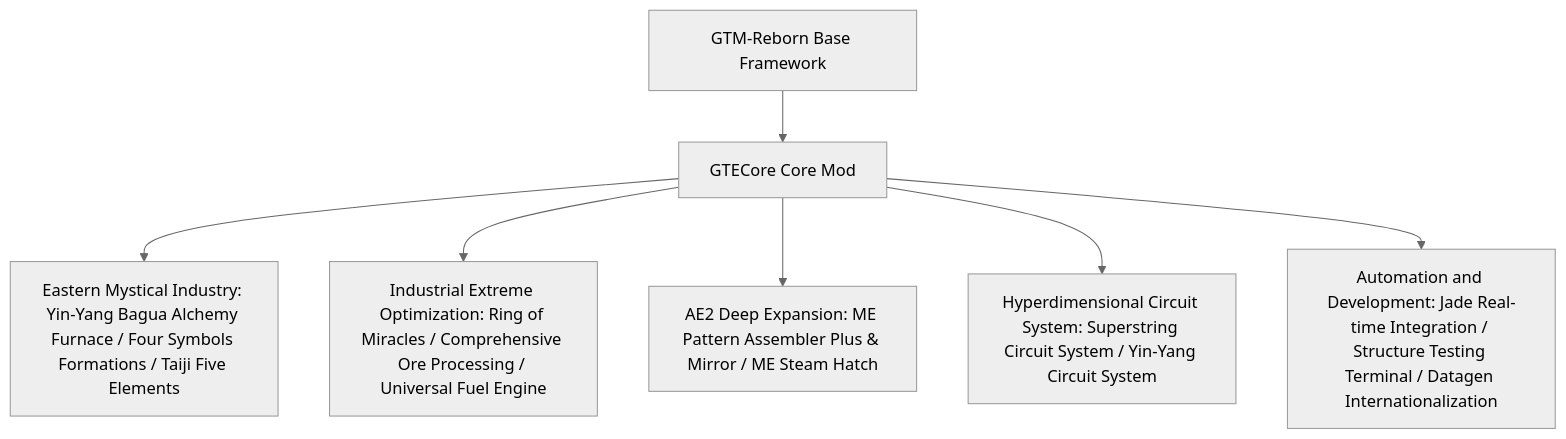
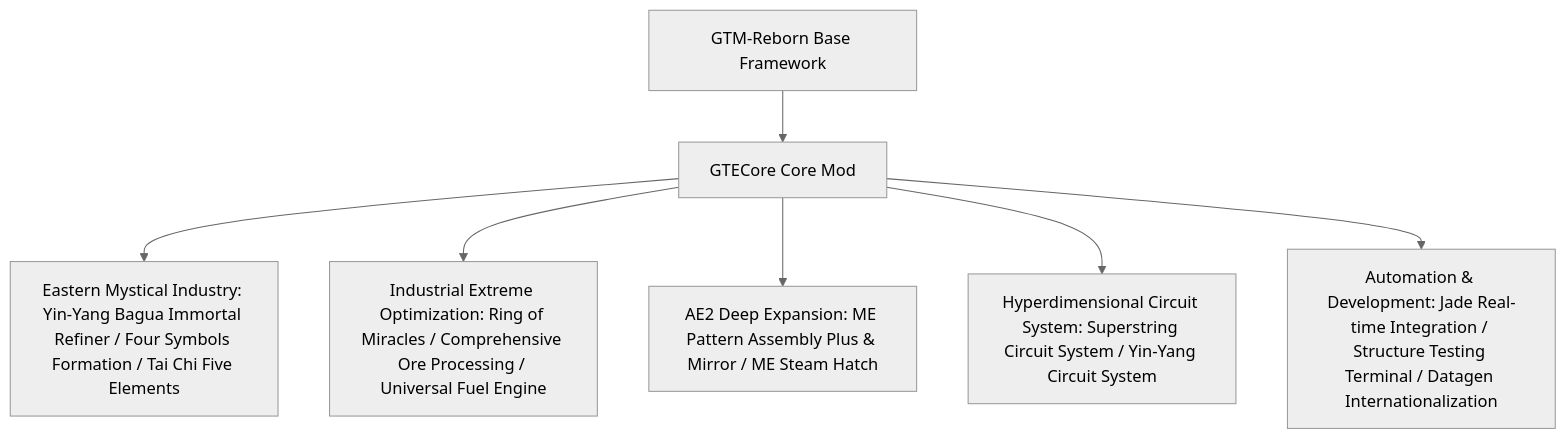
Before and after one commit to takanashisatou/GregtechEasy: the diagram in docs/en/gtecore/overview.md, drawn with Mermaid (neutral theme). The commit also changed other lines of this file and 138 other files, not shown here.

````diff
--- a/docs/en/gtecore/overview.md
+++ b/docs/en/gtecore/overview.md
@@ -9,9 +9,9 @@
 ```mermaid
 graph TD
     A[GTM-Reborn Base Framework] --> B[GTECore Core Mod]
-    B --> C[Eastern Mystical Industry: Yin-Yang Bagua Alchemy Furnace / Four Symbols Formations / Taiji Five Elements]
+    B --> C[Eastern Mystical Industry: Yin-Yang Bagua Immortal Refiner / Four Symbols Formation / Tai Chi Five Elements]
     B --> D[Industrial Extreme Optimization: Ring of Miracles / Comprehensive Ore Processing / Universal Fuel Engine]
-    B --> E[AE2 Deep Expansion: ME Pattern Assembler Plus & Mirror / ME Steam Hatch]
+    B --> E[AE2 Deep Expansion: ME Pattern Assembly Plus & Mirror / ME Steam Hatch]
     B --> F[Hyperdimensional Circuit System: Superstring Circuit System / Yin-Yang Circuit System]
-    B --> G[Automation and Development: Jade Real-time Integration / Structure Testing Terminal / Datagen Internationalization]
+    B --> G[Automation & Development: Jade Real-time Integration / Structure Testing Terminal / Datagen Internationalization]
 ```
````
